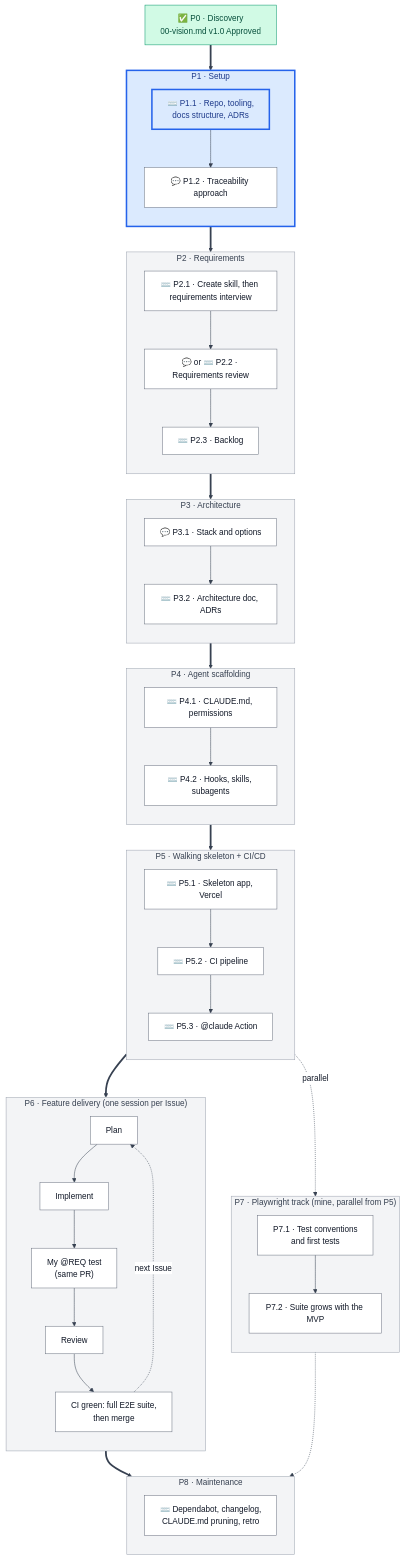
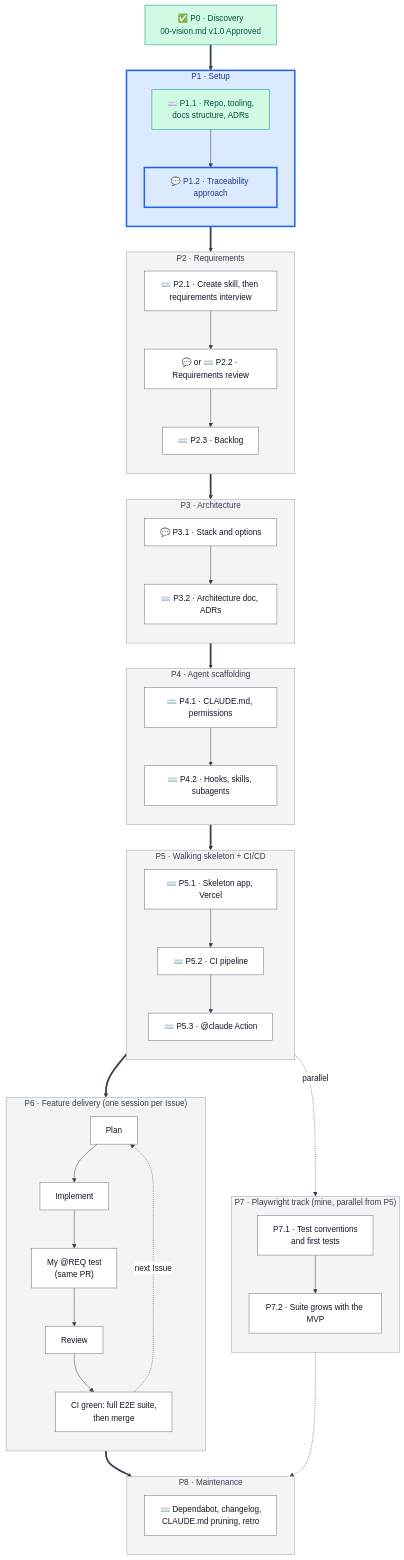
The diagram in docs/fitcadence-delivery-roadmap.md (TLevkova/fitcadence), drawn with Mermaid before and after one commit. The commit also changed other lines of this file and 1 other file, not shown here.

````diff
--- a/docs/fitcadence-delivery-roadmap.md
+++ b/docs/fitcadence-delivery-roadmap.md
@@ -20,75 +20,76 @@
 ```mermaid
 ---
 config:
   theme: base
   themeVariables:
     background: '#ffffff'
     primaryColor: '#ffffff'
     primaryTextColor: '#111827'
     primaryBorderColor: '#6b7280'
     lineColor: '#374151'
     textColor: '#111827'
     titleColor: '#111827'
     clusterBkg: '#ffffff'
     clusterBorder: '#9ca3af'
     edgeLabelBackground: '#ffffff'
 ---
 flowchart TB
     D0["✅ P0 · Discovery<br/>00-vision.md v1.0 Approved"]
 
     subgraph P1["P1 · Setup"]
         direction TB
         p11["⌨️ P1.1 · Repo, tooling,<br/>docs structure, ADRs"] --> p12["💬 P1.2 · Traceability approach"]
     end
 
     subgraph P2["P2 · Requirements"]
         direction TB
         p21["⌨️ P2.1 · Create skill, then requirements interview"] --> p22["💬 or ⌨️ P2.2 · Requirements review"] --> p23["⌨️ P2.3 · Backlog"]
     end
 
     subgraph P3["P3 · Architecture"]
         direction TB
         p31["💬 P3.1 · Stack and options"] --> p32["⌨️ P3.2 · Architecture doc, ADRs"]
     end
 
     subgraph P4["P4 · Agent scaffolding"]
         direction TB
         p41["⌨️ P4.1 · CLAUDE.md, permissions"] --> p42["⌨️ P4.2 · Hooks, skills, subagents"]
     end
 
     subgraph P5["P5 · Walking skeleton + CI/CD"]
         direction TB
         p51["⌨️ P5.1 · Skeleton app, Vercel"] --> p52["⌨️ P5.2 · CI pipeline"] --> p53["⌨️ P5.3 · @claude Action"]
     end
 
     subgraph P6["P6 · Feature delivery (one session per Issue)"]
         direction TB
         p6a["Plan"] --> p6b["Implement"] --> p6e["My @REQ test<br/>(same PR)"] --> p6c["Review"] --> p6d["CI green: full E2E suite,<br/>then merge"]
         p6d -. next Issue .-> p6a
     end
 
     subgraph P7["P7 · Playwright track (mine, parallel from P5)"]
         direction TB
         p71["P7.1 · Test conventions<br/>and first tests"] --> p72["P7.2 · Suite grows with the MVP"]
     end
 
     subgraph P8["P8 · Maintenance"]
         direction TB
         p8["⌨️ Dependabot, changelog,<br/>CLAUDE.md pruning, retro"]
     end
 
     D0 ==> P1 ==> P2 ==> P3 ==> P4 ==> P5 ==> P6 ==> P8
     P5 -.->|parallel| P7
     P7 -.-> P8
 
     classDef step fill:#ffffff,stroke:#6b7280,color:#111827
     classDef done fill:#d1fae5,stroke:#059669,color:#064e3b
     classDef active fill:#dbeafe,stroke:#2563eb,stroke-width:3px,color:#1e3a8a
     classDef todo fill:#f3f4f6,stroke:#9ca3af,color:#374151
 
     class D0 done
-    class p11 active
+    class p11 done
+    class p12 active
     class P1 active
     class P2,P3,P4,P5,P6,P7,P8 todo
-    class p12,p21,p22,p23,p31,p32,p41,p42,p51,p52,p53,p6a,p6b,p6c,p6d,p6e,p71,p72,p8 step
+    class p21,p22,p23,p31,p32,p41,p42,p51,p52,p53,p6a,p6b,p6c,p6d,p6e,p71,p72,p8 step
 ```
````
